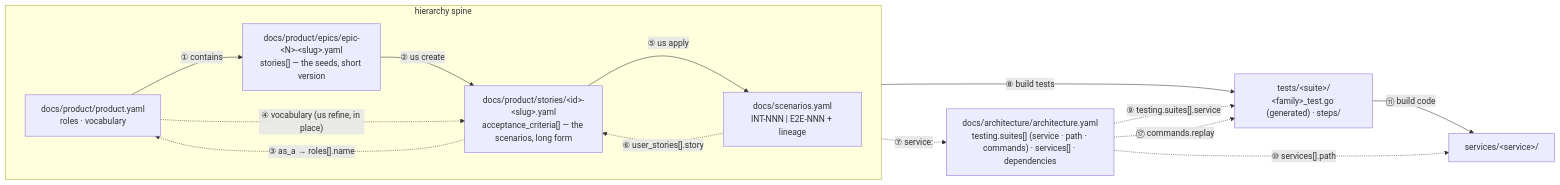
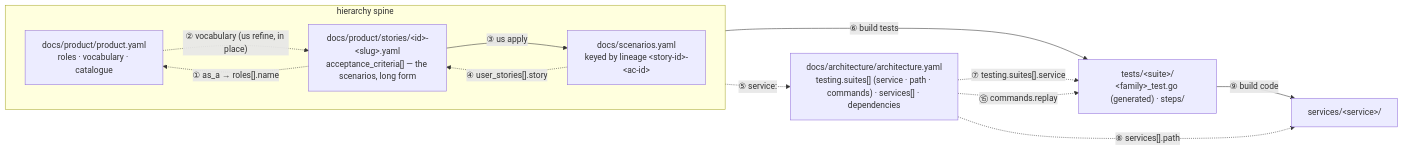
The diagram in docs/doc-universe.md (ondatra-ai/true-bdd), drawn with Mermaid before and after one commit. The commit also changed other lines of this file and 2049 other files, not shown here.

````diff
--- a/docs/doc-universe.md
+++ b/docs/doc-universe.md
@@ -81,28 +91,25 @@
 ```mermaid
 flowchart LR
   subgraph spine["hierarchy spine"]
     direction LR
-    PRODUCT["docs/product/product.yaml<br/>roles · vocabulary"]
-    EPIC["docs/product/epics/epic-&lt;N&gt;-&lt;slug&gt;.yaml<br/>stories[] — the seeds, short version"]
+    PRODUCT["docs/product/product.yaml<br/>roles · vocabulary · catalogue"]
     STORY["docs/product/stories/&lt;id&gt;-&lt;slug&gt;.yaml<br/>acceptance_criteria[] — the scenarios, long form"]
-    REG["docs/scenarios.yaml<br/>INT-NNN | E2E-NNN + lineage"]
-    PRODUCT -- "① contains" --> EPIC
-    EPIC -- "② us create" --> STORY
-    STORY -- "⑤ us apply" --> REG
+    REG["docs/scenarios.yaml<br/>keyed by lineage &lt;story-id&gt;-&lt;ac-id&gt;"]
+    STORY -- "③ us apply" --> REG
   end
 
-  STORY -. "③ as_a → roles[].name" .-> PRODUCT
-  PRODUCT -. "④ vocabulary (us refine, in place)" .-> STORY
-  REG -. "⑥ user_stories[].story" .-> STORY
+  STORY -. "① as_a → roles[].name" .-> PRODUCT
+  PRODUCT -. "② vocabulary (us refine, in place)" .-> STORY
+  REG -. "④ user_stories[].story" .-> STORY
 
   ARCH["docs/architecture/architecture.yaml<br/>testing.suites[] (service · path · commands) · services[] · dependencies"]
   TESTS["tests/&lt;suite&gt;/<br/>&lt;family&gt;_test.go (generated) · steps/"]
   SRC["services/&lt;service&gt;/"]
 
-  REG -- "⑧ build tests" --> TESTS
-  TESTS -- "⑪ build code" --> SRC
-  REG -. "⑦ service:" .-> ARCH
-  ARCH -. "⑨ testing.suites[].service" .-> TESTS
-  ARCH -. "⑰ commands.replay" .-> TESTS
-  ARCH -. "⑩ services[].path" .-> SRC
+  REG -- "⑥ build tests" --> TESTS
+  TESTS -- "⑨ build code" --> SRC
+  REG -. "⑤ service:" .-> ARCH
+  ARCH -. "⑦ testing.suites[].service" .-> TESTS
+  ARCH -. "⑮ commands.replay" .-> TESTS
+  ARCH -. "⑧ services[].path" .-> SRC
 ```
````
